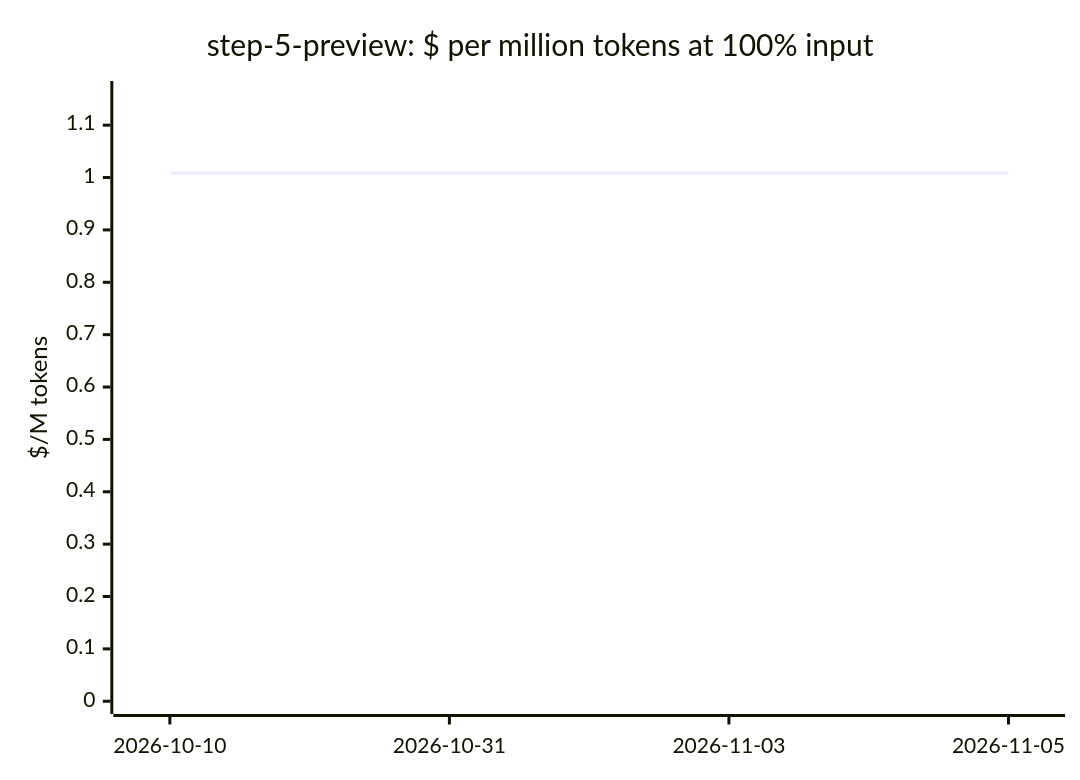
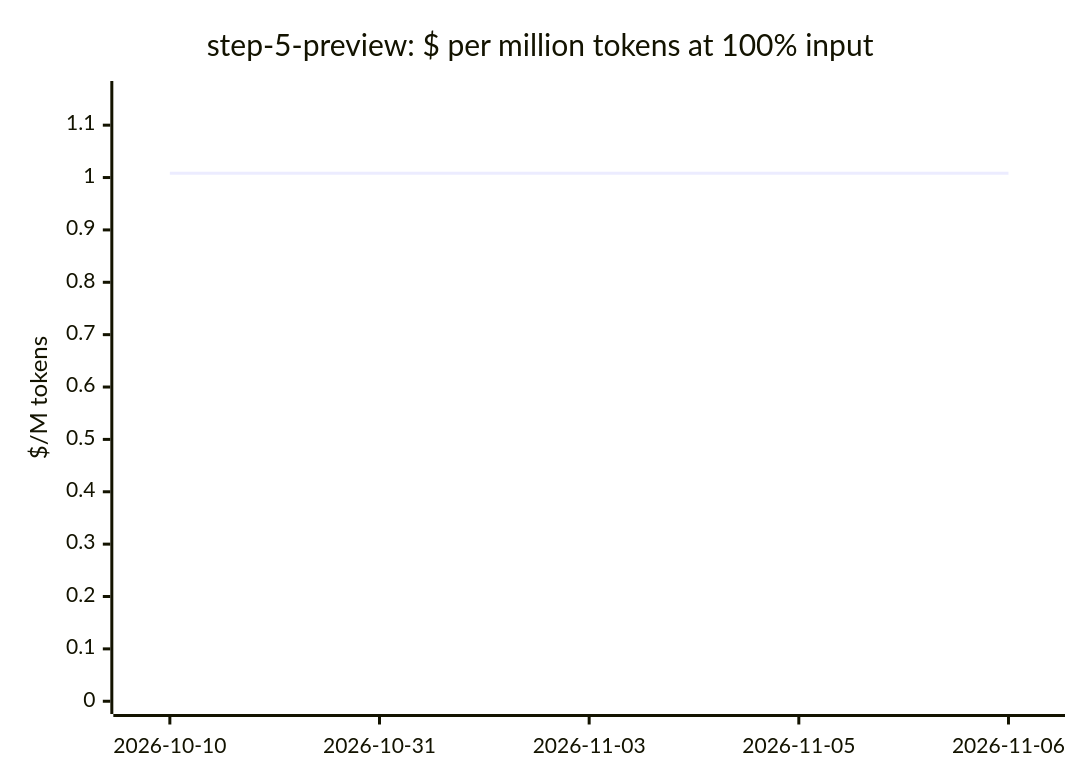
Diagram 15 of 20 in docs/openrouter-models.md (cklukas/OMEGA_TRANSFORM), drawn with Mermaid before and after one commit. The commit also changed other lines of this file and 103 other files, not shown here.

````diff
--- a/docs/openrouter-models.md
+++ b/docs/openrouter-models.md
@@ -269,7 +268,7 @@
 ```mermaid
 xychart-beta
     title "step-5-preview: $ per million tokens at 100% input"
-    x-axis ["2026-10-10", "2026-10-31", "2026-11-03", "2026-11-05"]
+    x-axis ["2026-10-10", "2026-10-31", "2026-11-03", "2026-11-05", "2026-11-06"]
     y-axis "$/M tokens" 0 --> 1.16
-    line [1.008, 1.008, 1.008, 1.008]
+    line [1.008, 1.008, 1.008, 1.008, 1.008]
 ```
````
